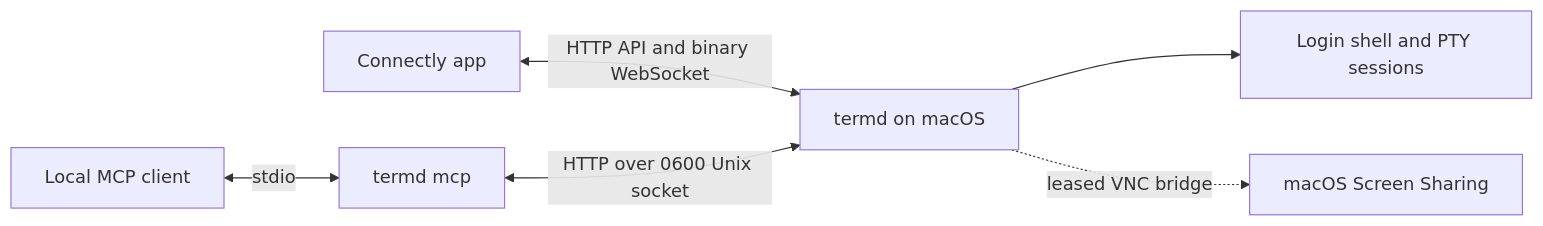
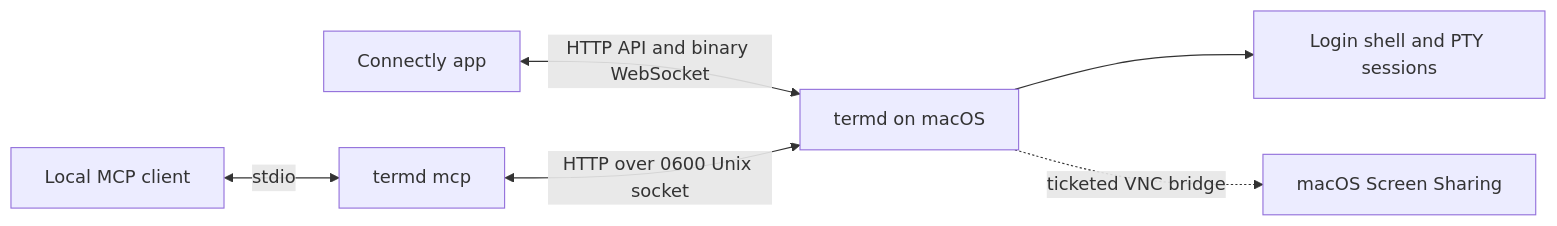
The diagram in README.md (duggal1/Connectly), drawn with Mermaid before and after one commit. The commit also changed other lines of this file and 30 other files, not shown here.

````diff
--- a/README.md
+++ b/README.md
@@ -19,8 +19,8 @@
 ```mermaid
 flowchart LR
   Phone[Connectly app] <-->|HTTP API and binary WebSocket| Daemon[termd on macOS]
   Daemon --> PTY[Login shell and PTY sessions]
   Agent[Local MCP client] <-->|stdio| MCP[termd mcp]
   MCP <-->|HTTP over 0600 Unix socket| Daemon
-  Daemon -. leased VNC bridge .-> Screen[macOS Screen Sharing]
+  Daemon -. ticketed VNC bridge .-> Screen[macOS Screen Sharing]
 ```
````
